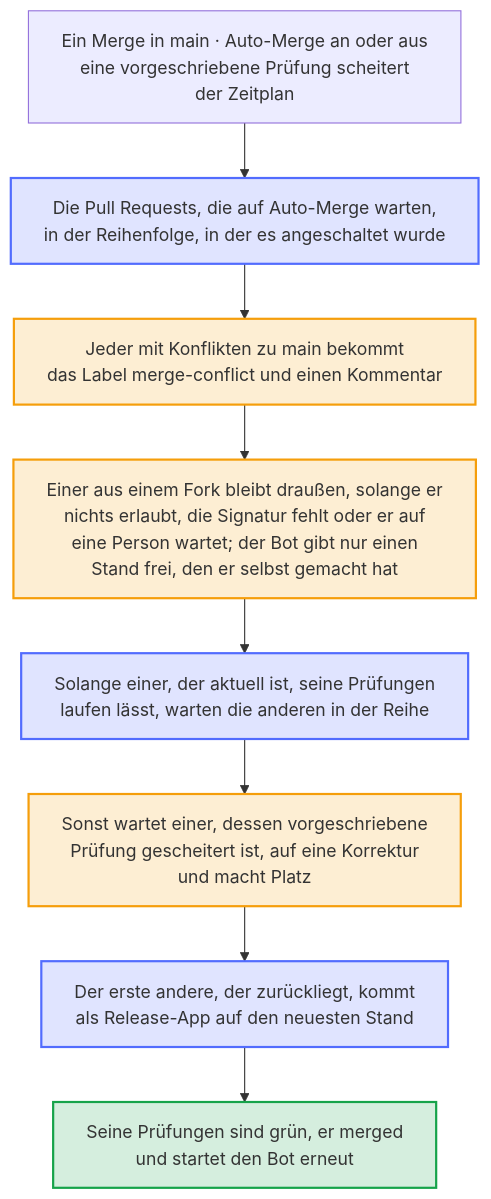
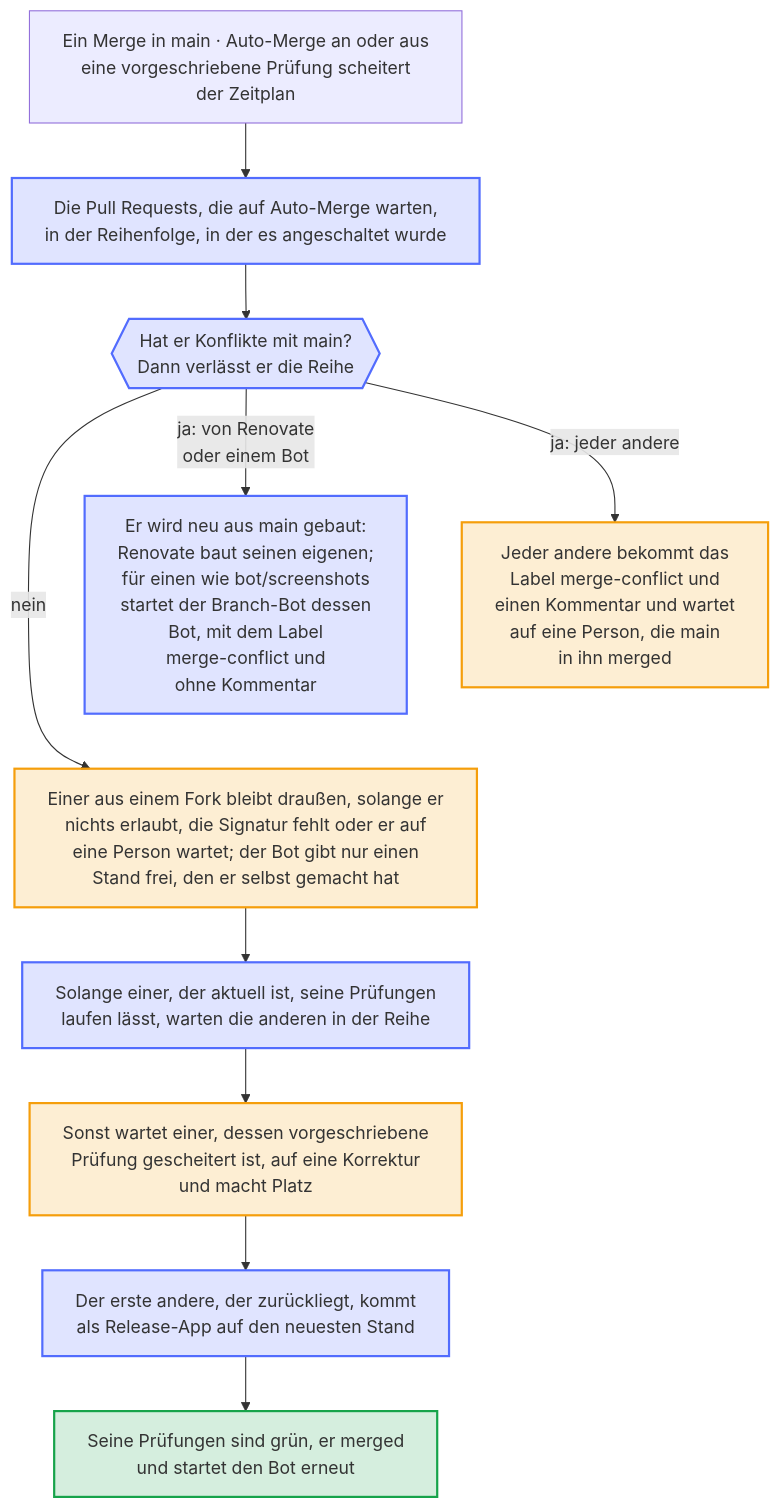
One commit to Dennis-Otto/repo-blueprint changed the diagram in docs/diagrams/the-line-of-the-branch-bot.de.mmd. Above: the diagram before and after it, drawn with Mermaid. The commit also changed 8 other files, not shown here.

First line of the commit message:
docs: the diagram of the branch bot shows the bot branches that it builds anew

```diff
--- a/docs/diagrams/the-line-of-the-branch-bot.de.mmd
+++ b/docs/diagrams/the-line-of-the-branch-bot.de.mmd
@@ -1,32 +1,39 @@
 ---
 config:
   flowchart:
     wrappingWidth: 400
 ---
 flowchart TB
     accTitle: Die Reihe des Branch-Bots
-    accDescr: Ein Merge in main, ein an- oder ausgeschaltetes Auto-Merge oder eine vorgeschriebene Prüfung eines Pull Requests, die scheitert, startet den Branch-Bot. Er nimmt die Pull Requests, die auf Auto-Merge warten, in der Reihenfolge, in der es angeschaltet wurde. Einer mit Konflikten zu main bekommt das Label merge-conflict und einen Kommentar. Einer aus einem Fork bleibt außerhalb der Reihe, solange sein Autor keine Änderungen durch Maintainer erlaubt, ein Commit keine geprüfte Signatur hat oder seine Läufe auf eine Person warten; der Bot gibt sie nur für einen Stand frei, den er selbst auf Commits gemacht hat, die eine Person freigegeben hat. Solange die Prüfungen eines aktuellen laufen, warten die anderen in der Reihe. Sonst wartet einer, dessen vorgeschriebene Prüfung gescheitert ist, auf eine Korrektur, und der Bot bringt den ersten anderen, der zurückliegt, als Release-App auf den neuesten Stand. Seine Prüfungen laufen, und sobald sie grün sind, merged er, was den Bot für den nächsten erneut startet.
+    accDescr: Ein Merge in main, ein an- oder ausgeschaltetes Auto-Merge oder eine vorgeschriebene Prüfung eines Pull Requests, die scheitert, startet den Branch-Bot. Er nimmt die Pull Requests, die auf Auto-Merge warten, in der Reihenfolge, in der es angeschaltet wurde. Einer mit Konflikten zu main verlässt die Reihe. Einen eigenen Branch baut Renovate neu. Der Branch eines Bots, der ihn neu baut, etwa bot/screenshots, bekommt das Label merge-conflict, und der Branch-Bot startet diesen Bot, der ihn neu aus main baut, ohne Kommentar, da niemand handeln muss. Jeder andere bekommt das Label merge-conflict und einen Kommentar und wartet auf eine Person, die main in ihn merged. Einer aus einem Fork bleibt außerhalb der Reihe, solange sein Autor keine Änderungen durch Maintainer erlaubt, ein Commit keine geprüfte Signatur hat oder seine Läufe auf eine Person warten; der Bot gibt sie nur für einen Stand frei, den er selbst auf Commits gemacht hat, die eine Person freigegeben hat. Solange die Prüfungen eines aktuellen laufen, warten die anderen in der Reihe. Sonst wartet einer, dessen vorgeschriebene Prüfung gescheitert ist, auf eine Korrektur, und der Bot bringt den ersten anderen, der zurückliegt, als Release-App auf den neuesten Stand. Seine Prüfungen laufen, und sobald sie grün sind, merged er, was den Bot für den nächsten erneut startet.
 
     start["Ein Merge in main · Auto-Merge an oder aus<br>eine vorgeschriebene Prüfung scheitert<br>der Zeitplan"]
     line["Die Pull Requests, die auf Auto-Merge warten,<br>in der Reihenfolge, in der es angeschaltet wurde"]
-    conflict["Jeder mit Konflikten zu main bekommt<br>das Label merge-conflict und einen Kommentar"]
+    conflict{{"Hat er Konflikte mit main?<br>Dann verlässt er die Reihe"}}
+    rebuilt["Er wird neu aus main gebaut:<br>Renovate baut seinen eigenen;<br>für einen wie bot/screenshots<br>startet der Branch-Bot dessen<br>Bot, mit dem Label<br>merge-conflict und<br>ohne Kommentar"]
+    comment["Jeder andere bekommt das<br>Label merge-conflict und<br>einen Kommentar und wartet<br>auf eine Person, die main<br>in ihn merged"]
     fork["Einer aus einem Fork bleibt draußen, solange er<br>nichts erlaubt, die Signatur fehlt oder er auf<br>eine Person wartet; der Bot gibt nur einen<br>Stand frei, den er selbst gemacht hat"]
     flight["Solange einer, der aktuell ist, seine Prüfungen<br>laufen lässt, warten die anderen in der Reihe"]
     failed["Sonst wartet einer, dessen vorgeschriebene<br>Prüfung gescheitert ist, auf eine Korrektur<br>und macht Platz"]
     update["Der erste andere, der zurückliegt, kommt<br>als Release-App auf den neuesten Stand"]
     merge["Seine Prüfungen sind grün, er merged<br>und startet den Bot erneut"]
 
     start --> line
     line --> conflict
-    conflict --> fork
+    conflict -- "ja: von Renovate<br>oder einem Bot" --> rebuilt
+    conflict -- "nein" --> fork
+    conflict -- "ja: jeder andere" --> comment
+    %% The two ends of a conflict sit beside the line, which goes on below them.
+    rebuilt ~~~ fork
+    comment ~~~ fork
     fork --> flight
     flight --> failed
     failed --> update
     update --> merge
 
     classDef bot fill:#526cfe2e,stroke:#526cfe,stroke-width:2px
     classDef person fill:#f59e0b2e,stroke:#f59e0b,stroke-width:2px
     classDef done fill:#16a34a2e,stroke:#16a34a,stroke-width:2px
-    class line,flight,update bot
-    class conflict,fork,failed person
+    class line,conflict,rebuilt,flight,update bot
+    class comment,fork,failed person
     class merge done
```
